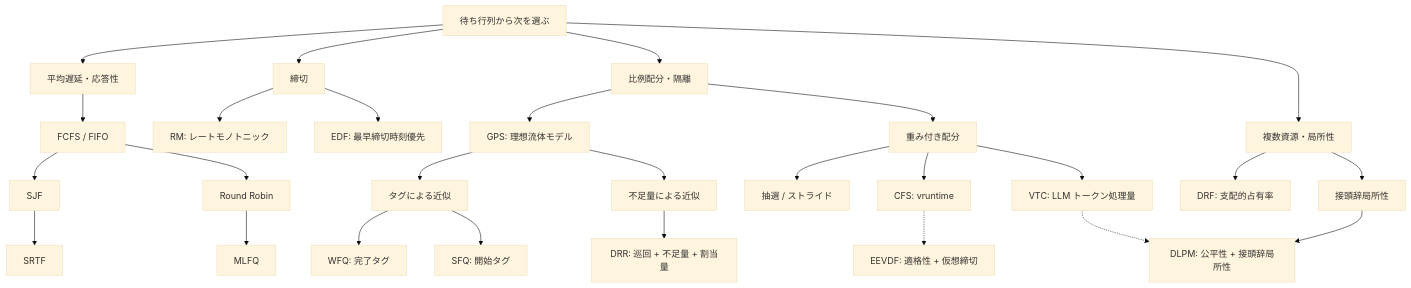
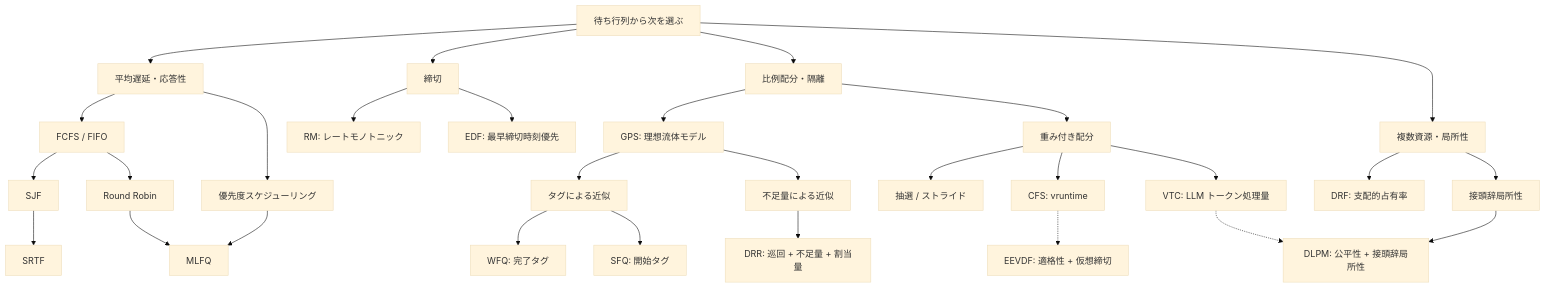
Before and after one commit to yoichiozaki/yoichiozaki.github.io: the first of 2 diagrams in content/blog/ja/task-scheduling-algorithms.mdx, drawn with Mermaid (base theme). The commit also changed other lines of this file and 88 other files, not shown here.

````diff
--- a/content/blog/ja/task-scheduling-algorithms.mdx
+++ b/content/blog/ja/task-scheduling-algorithms.mdx
@@ -39,34 +39,36 @@
 ```mermaid
 flowchart TB
     ROOT["待ち行列から次を選ぶ"]
     ROOT --> LAT["平均遅延・応答性"]
     ROOT --> DEAD["締切"]
     ROOT --> FAIR["比例配分・隔離"]
     ROOT --> MULTI["複数資源・局所性"]
 
     LAT --> FCFS["FCFS / FIFO"]
     FCFS --> SJF["SJF"]
     SJF --> SRTF["SRTF"]
     FCFS --> RR["Round Robin"]
+    LAT --> PRIO["優先度スケジューリング"]
     RR --> MLFQ["MLFQ"]
+    PRIO --> MLFQ
 
     DEAD --> RM["RM: レートモノトニック"]
     DEAD --> EDF["EDF: 最早締切時刻優先"]
 
     FAIR --> GPS["GPS: 理想流体モデル"]
     GPS --> TAG["タグによる近似"]
     TAG --> WFQ["WFQ: 完了タグ"]
     TAG --> SFQ["SFQ: 開始タグ"]
     GPS --> DEF["不足量による近似"]
     DEF --> DRR["DRR: 巡回 + 不足量 + 割当量"]
     FAIR --> SHARE["重み付き配分"]
     SHARE --> STRIDE["抽選 / ストライド"]
     SHARE --> CFS["CFS: vruntime"]
     SHARE --> VTC["VTC: LLM トークン処理量"]
     CFS -.-> EEVDF["EEVDF: 適格性 + 仮想締切"]
     VTC -.-> DLPM["DLPM: 公平性 + 接頭辞局所性"]
 
     MULTI --> DRF["DRF: 支配的占有率"]
     MULTI --> LOCAL["接頭辞局所性"]
     LOCAL --> DLPM
 ```
````
